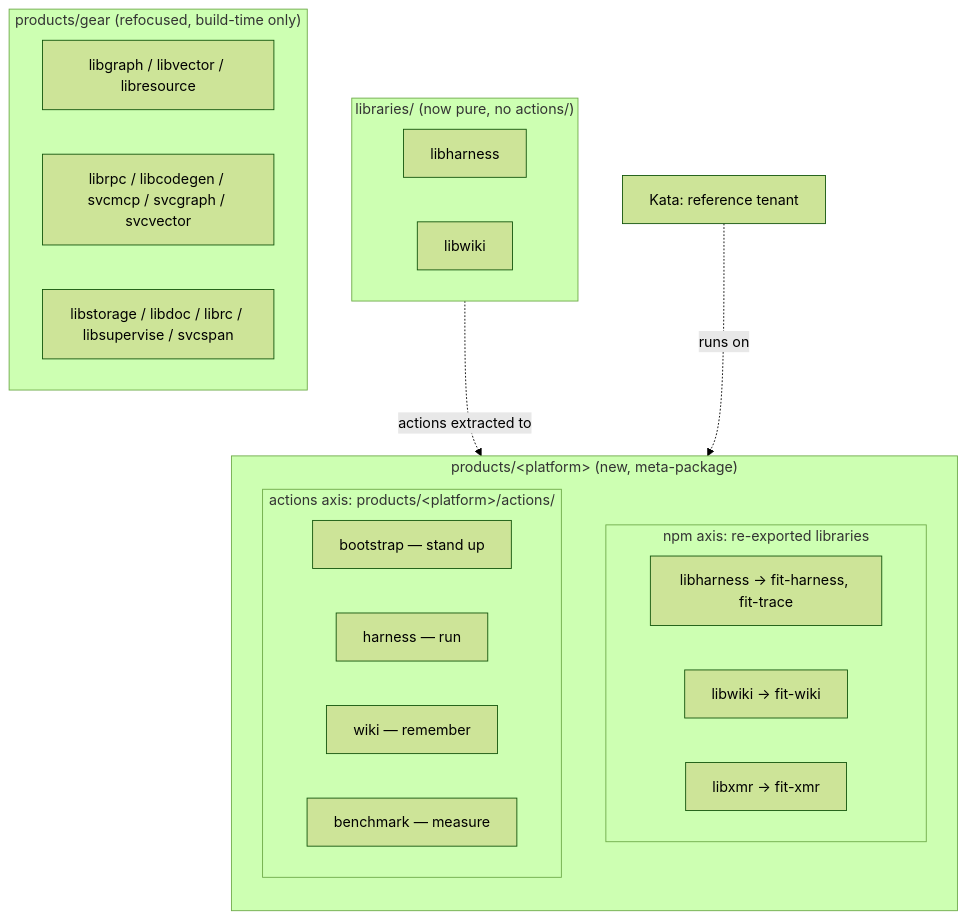
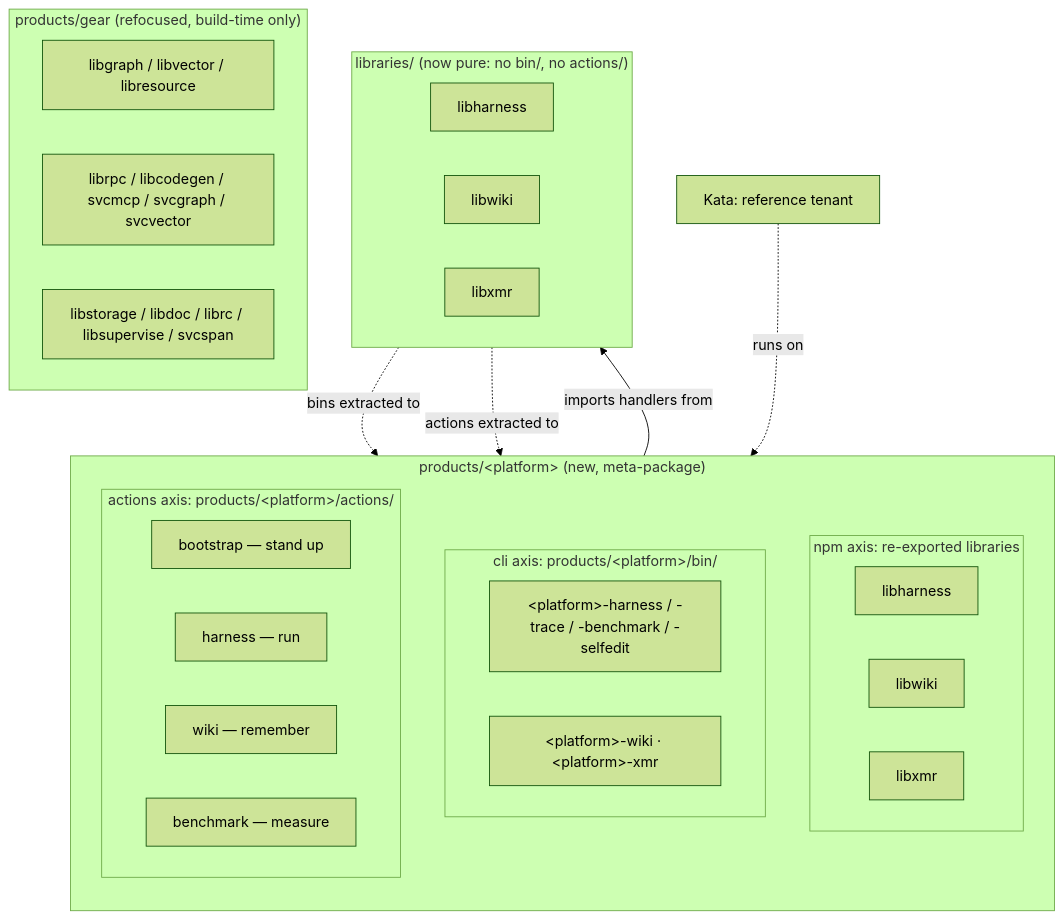
The first of 2 diagrams in specs/2250-agent-platform-product/design-a.md (forwardimpact/monorepo), drawn with Mermaid (forest theme) before and after one commit. The commit also changed other lines of this file and 1 other file, not shown here.

First line of the commit message:
design(2250): platform owns the thin CLI wiring

````diff
--- a/specs/2250-agent-platform-product/design-a.md
+++ b/specs/2250-agent-platform-product/design-a.md
@@ -27,28 +30,35 @@
 ```mermaid
 flowchart TD
   subgraph PLATFORM["products/&lt;platform&gt; (new, meta-package)"]
     direction TB
     subgraph NPM["npm axis: re-exported libraries"]
-      P1[libharness → fit-harness, fit-trace]
-      P3[libwiki → fit-wiki]
-      P4[libxmr → fit-xmr]
+      P1[libharness]
+      P3[libwiki]
+      P4[libxmr]
+    end
+    subgraph CLI["cli axis: products/&lt;platform&gt;/bin/"]
+      C1["&lt;platform&gt;-harness / -trace / -benchmark / -selfedit"]
+      C2["&lt;platform&gt;-wiki · &lt;platform&gt;-xmr"]
     end
     subgraph ACT["actions axis: products/&lt;platform&gt;/actions/"]
       A0[bootstrap — stand up]
       A1[harness — run]
       A2[wiki — remember]
       A3[benchmark — measure]
     end
   end
-  subgraph LIBS["libraries/ (now pure, no actions/)"]
+  subgraph LIBS["libraries/ (now pure: no bin/, no actions/)"]
     L1[libharness]
     L2[libwiki]
+    L3[libxmr]
   end
   subgraph GEAR["products/gear (refocused, build-time only)"]
     G1[libgraph / libvector / libresource]
     G2[librpc / libcodegen / svcmcp / svcgraph / svcvector]
     G3[libstorage / libdoc / librc / libsupervise / svcspan]
   end
+  LIBS -. bins extracted to .-> CLI
   LIBS -. actions extracted to .-> ACT
+  CLI -- imports handlers from --> LIBS
   KATA[Kata: reference tenant] -.runs on.-> PLATFORM
 ```
````
